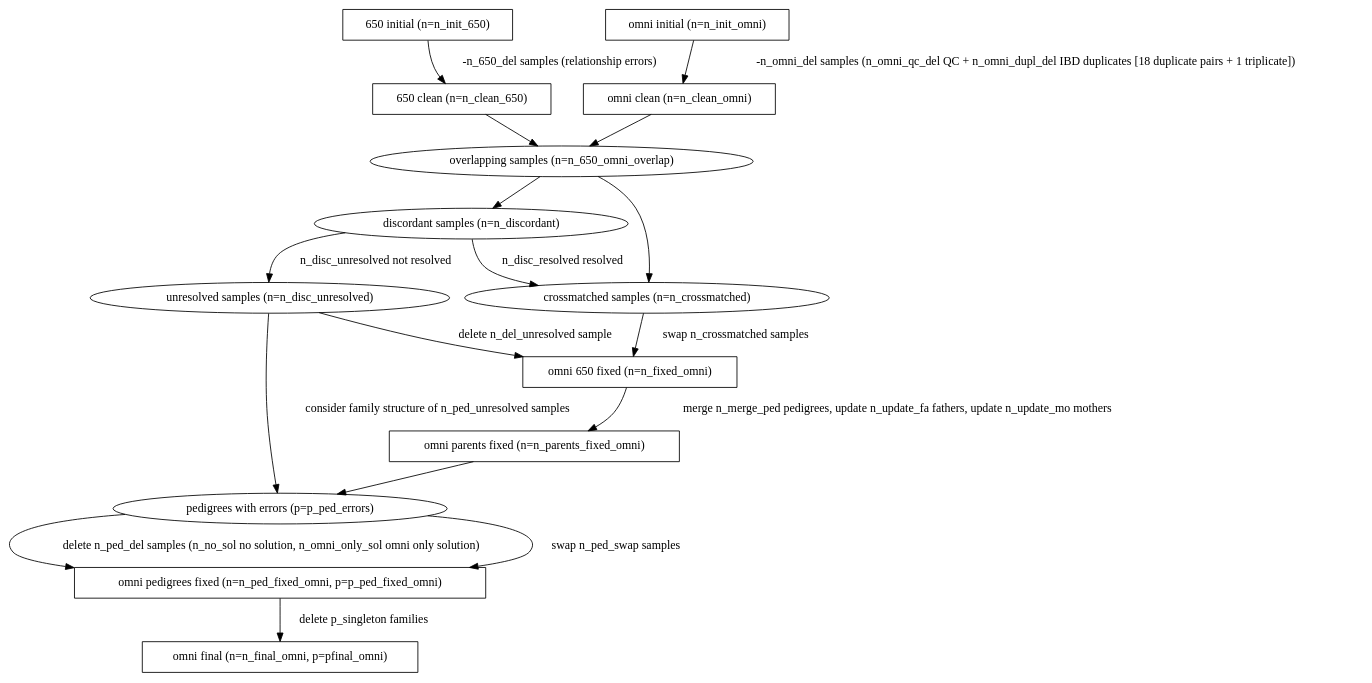
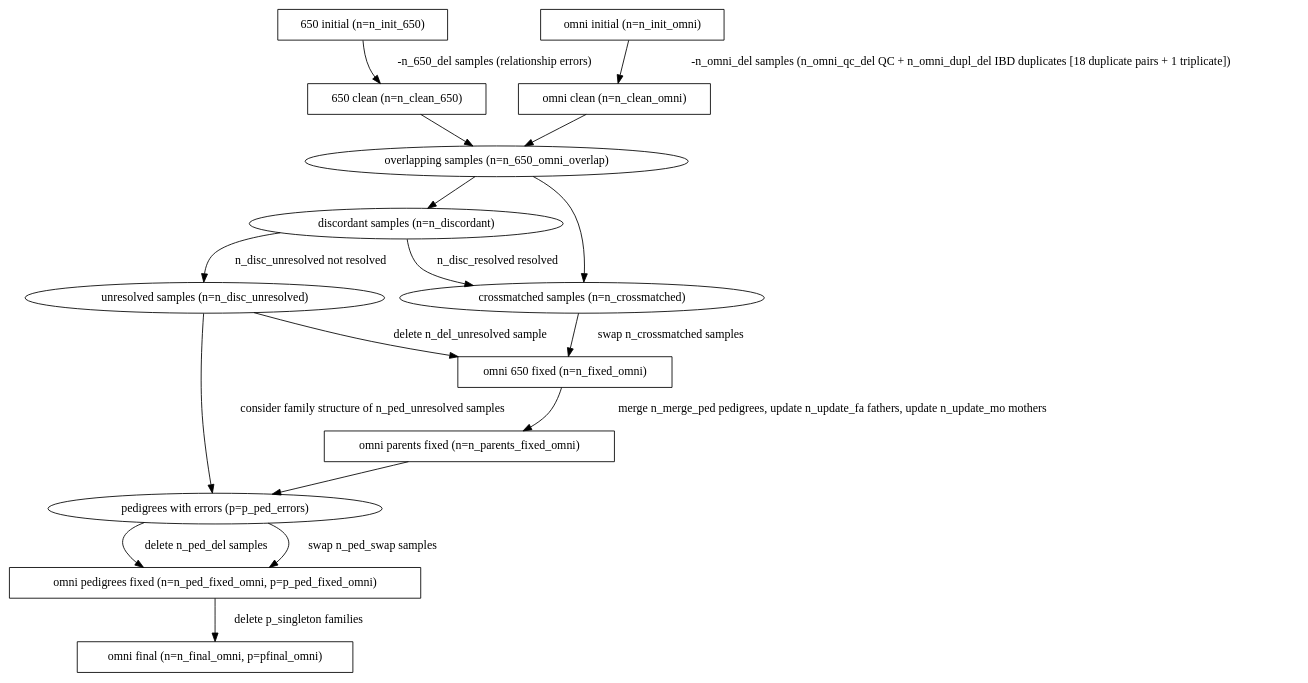
The diagram in doc/flow.dot (TOPMed-BAGS/sample_identity), drawn with Graphviz before and after one commit. The commit also changed 6 other files, not shown here.

```diff
--- a/doc/flow.dot
+++ b/doc/flow.dot
@@ -1,34 +1,34 @@
 #!dot
 digraph {
     INIT_SIX       [label="650 initial (n=n_init_650)", shape=box]
     INIT_OMNI      [label="omni initial (n=n_init_omni)", shape=box]
     CLEAN_SIX      [label="650 clean (n=n_clean_650)", shape=box]
     CLEAN_OMNI     [label="omni clean (n=n_clean_omni)", shape=box]
     OVERLAP        [label="overlapping samples (n=n_650_omni_overlap)"]
     DISCORDANT     [label="discordant samples (n=n_discordant)"]
     CROSSMATCH     [label="crossmatched samples (n=n_crossmatched)"]
     UNRESOLVED     [label="unresolved samples (n=n_disc_unresolved)"]
     FIXED_OMNI     [label="omni 650 fixed (n=n_fixed_omni)", shape=box]
     PAR_FIXED_OMNI [label="omni parents fixed (n=n_parents_fixed_omni)", shape=box]
     PED_ERRORS [label="pedigrees with errors (p=p_ped_errors)"]
     PED_FIXED_OMNI [label="omni pedigrees fixed (n=n_ped_fixed_omni, p=p_ped_fixed_omni)", shape=box]
     FINAL_OMNI     [label="omni final (n=n_final_omni, p=pfinal_omni)", shape=box]
 
     INIT_SIX       -> CLEAN_SIX [label=" -n_650_del samples (relationship errors)"];
     INIT_OMNI      -> CLEAN_OMNI [label=" -n_omni_del samples (n_omni_qc_del QC + n_omni_dupl_del IBD duplicates [18 duplicate pairs + 1 triplicate])"];
     CLEAN_SIX      -> OVERLAP;
     CLEAN_OMNI     -> OVERLAP;
     OVERLAP        -> DISCORDANT;
     OVERLAP        -> CROSSMATCH;
     DISCORDANT     -> CROSSMATCH [label=" n_disc_resolved resolved"];
     DISCORDANT     -> UNRESOLVED [label=" n_disc_unresolved not resolved"];
     CROSSMATCH     -> FIXED_OMNI [label=" swap n_crossmatched samples"];
     UNRESOLVED     -> PED_ERRORS [label=" consider family structure of n_ped_unresolved samples"];
     UNRESOLVED     -> FIXED_OMNI [label=" delete n_del_unresolved sample"];
     FIXED_OMNI     -> PAR_FIXED_OMNI [label=" merge n_merge_ped pedigrees, update n_update_fa fathers, update n_update_mo mothers"];
     PAR_FIXED_OMNI -> PED_ERRORS;
-    PED_ERRORS     -> PED_FIXED_OMNI [label=" delete n_ped_del samples (n_no_sol no solution, n_omni_only_sol omni only solution)"];
+    PED_ERRORS     -> PED_FIXED_OMNI [label=" delete n_ped_del samples"];
     PED_ERRORS     -> PED_FIXED_OMNI [label=" swap n_ped_swap samples"];
     PED_FIXED_OMNI -> FINAL_OMNI [label=" delete p_singleton families"];
 
 }
```
